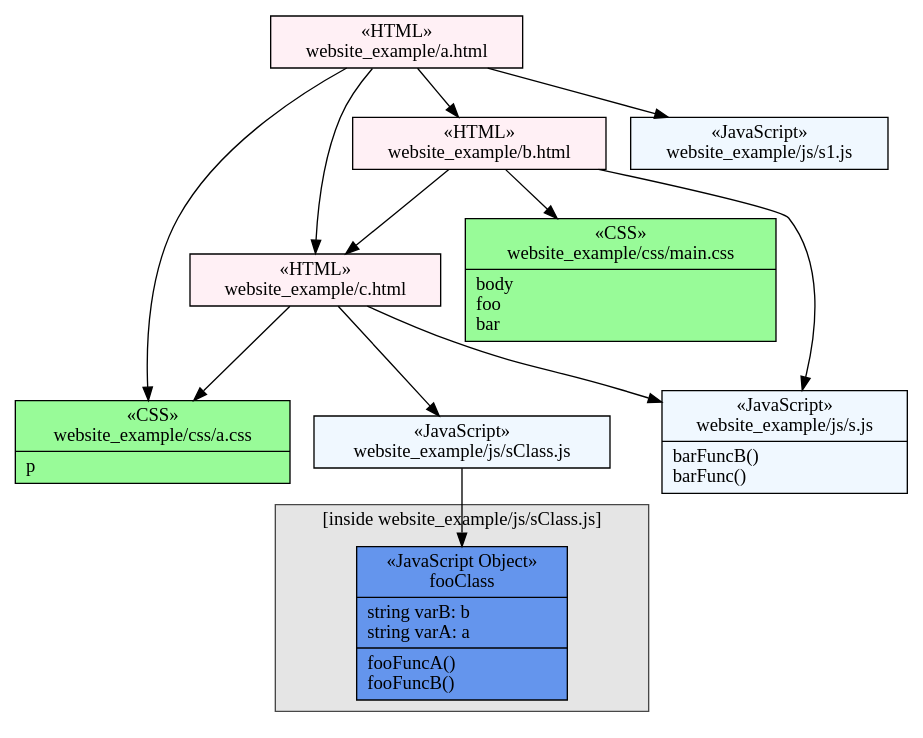
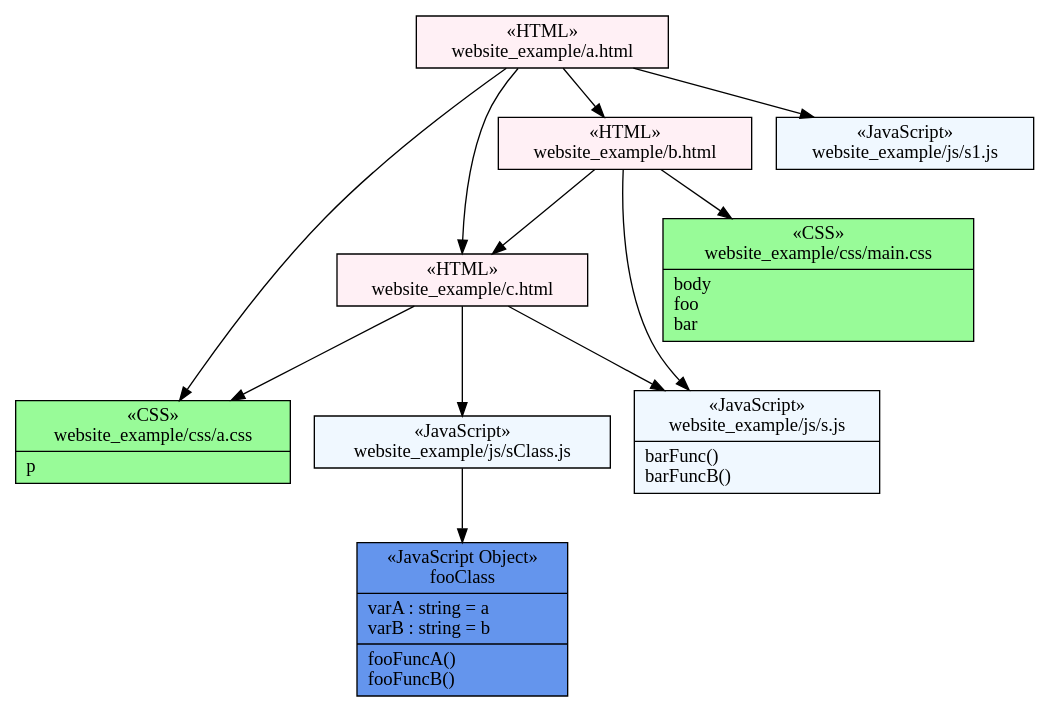
One commit to bakunin95/wavi changed the diagram in example/result/example.dot. Above: the diagram before and after it, drawn with Graphviz. The commit also changed 13 other files, not shown here.

```diff
--- a/example/result/example.dot
+++ b/example/result/example.dot
@@ -1,32 +1,25 @@
 digraph G {
-	graph [splines=true, overlap=prism];
+	graph [splines=true, overlap=false, maxiter=1000];
 	node [label="\N"];
-	graph [bb="0,0,658,753"];
-	subgraph cluster_4 {
-		graph [style=filled,
-			color=gray28,
-			fillcolor=gray90,
-			label="[inside website_example/js/sClass.js]",
-			bb="-0.22989,598.97,222.77,752.97"];
-		n8 [label="{&laquo;JavaScript Object»\nfooClass|string varB: b\lstring varA: a\l|fooFuncA()\lfooFuncB()\l}", shape=record, style=filled, fillcolor=CornflowerBlue, pos="110.93,664.83", rects="45.43,683.83,176.43,721.83 45.43,645.83,176.43,683.83 45.43,607.83,176.43,645.83", width="1.8125", height="1.5972"];
-	}
-	n3 [label="{&laquo;HTML»\nwebsite_example/b.html}", shape=record, style=filled, fillcolor=lavenderblush, pos="235.76,221.99", rects="160.26,202.99,311.26,240.99", width="2.0903", height="0.54167"];
-	n5 [label="{&laquo;HTML»\nwebsite_example/c.html}", shape=record, style=filled, fillcolor=lavenderblush, pos="318.64,401.77", rects="243.64,382.77,393.64,420.77", width="2.0833", height="0.54167"];
-	n0 [label="{&laquo;HTML»\nwebsite_example/a.html}", shape=record, style=filled, fillcolor=lavenderblush, pos="507.64,375.34", rects="433.14,356.34,582.14,394.34", width="2.0625", height="0.54167"];
-	n7 [label="{&laquo;JavaScript»\nwebsite_example/js/s1.js}", shape=record, style=filled, fillcolor=aliceblue, pos="580.94,523.23", rects="503.94,504.23,657.94,542.23", width="2.1389", height="0.54167"];
-	n4 [label="{&laquo;JavaScript»\nwebsite_example/js/sClass.js}", shape=record, style=filled, fillcolor=aliceblue, pos="319.77,593.67", rects="230.77,574.67,408.77,612.67", width="2.4722", height="0.54167"];
-	n1 [label="{&laquo;CSS»\nwebsite_example/css/a.css|p\l}", shape=record, style=filled, fillcolor=palegreen, pos="517.29,164.91", rects="433.79,157.41,600.79,195.41 433.79,134.41,600.79,157.41", width="2.3125", height="0.86111"];
-	n2 [label="{&laquo;CSS»\nwebsite_example/css/main.css|body\lfoo\lbar\l}", shape=record, style=filled, fillcolor=palegreen, pos="271.21,45.96", rects="177.71,53.46,364.71,91.46 177.71,0.46036,364.71,53.46", width="2.5903", height="1.2778"];
-	n6 [label="{&laquo;JavaScript»\nwebsite_example/js/s.js|barFuncB()\lbarFunc()\l}", shape=record, style=filled, fillcolor=aliceblue, pos="127.01,383.52", rects="53.506,383.52,200.51,421.52 53.506,345.52,200.51,383.52", width="2.0347", height="1.0694"];
-	n3 -> n6 [pos="e,152.71,345.34 222.86,241.15 207.05,264.63 179.74,305.2 158.3,337.04"];
-	n5 -> n6 [pos="e,200.72,390.54 243.45,394.61 232.81,393.59 221.8,392.54 211,391.52"];
-	n5 -> n1 [pos="e,491.57,195.58 334.9,382.38 367.62,343.37 441.96,254.73 484.95,203.47"];
-	n0 -> n3 [pos="e,269.64,241.1 473.76,356.23 424.37,328.38 332.64,276.64 278.62,246.17"];
-	n0 -> n5 [pos="e,393.73,391.27 432.95,385.79 423.37,387.12 413.52,388.5 403.79,389.86"];
-	n5 -> n4 [pos="e,319.66,574.65 318.76,420.87 318.95,454.56 319.37,524.75 319.6,564.53"];
-	n3 -> n5 [pos="e,309.84,382.66 244.63,241.23 259.27,272.99 288.58,336.55 305.59,373.45"];
-	n0 -> n7 [pos="e,571.31,503.81 517.07,394.38 529.7,419.86 552.21,465.28 566.86,494.82"];
-	n0 -> n1 [pos="e,515.89,195.5 508.52,356.3 510.07,322.41 513.34,250.97 515.43,205.6"];
-	n4 -> n8 [pos="e,176.69,642.42 263.8,612.74 240.02,620.85 211.93,630.42 186.35,639.13"];
-	n3 -> n2 [pos="e,262,91.709 239.62,202.82 244.47,178.73 253.01,136.35 259.98,101.72"];
+	graph [bb="0,0,625,510"];
+	n1 [label="{&laquo;HTML»\nwebsite_example/b.html}", shape=record, style=filled, fillcolor=lavenderblush, pos="377,414", rects="301.5,395,452.5,433", width="2.0903", height="0.54167"];
+	n2 [label="{&laquo;HTML»\nwebsite_example/c.html}", shape=record, style=filled, fillcolor=lavenderblush, pos="274,312", rects="199,293,349,331", width="2.0833", height="0.54167"];
+	n0 [label="{&laquo;HTML»\nwebsite_example/a.html}", shape=record, style=filled, fillcolor=lavenderblush, pos="325,490", rects="250.5,471,399.5,509", width="2.0625", height="0.54167"];
+	n3 [label="{&laquo;JavaScript»\nwebsite_example/js/s1.js}", shape=record, style=filled, fillcolor=aliceblue, pos="548,414", rects="471,395,625,433", width="2.1389", height="0.54167"];
+	n5 [label="{&laquo;JavaScript»\nwebsite_example/js/sClass.js}", shape=record, style=filled, fillcolor=aliceblue, pos="274,191", rects="185,172,363,210", width="2.4722", height="0.54167"];
+	n4 [label="{&laquo;CSS»\nwebsite_example/css/a.css|p\l}", shape=record, style=filled, fillcolor=palegreen, pos="83,191", rects="-0.5,183.5,166.5,221.5 -0.5,160.5,166.5,183.5", width="2.3125", height="0.86111"];
+	n6 [label="{&laquo;CSS»\nwebsite_example/css/main.css|body\lfoo\lbar\l}", shape=record, style=filled, fillcolor=palegreen, pos="499,312", rects="405.5,319.5,592.5,357.5 405.5,266.5,592.5,319.5", width="2.5903", height="1.2778"];
+	n7 [label="{&laquo;JavaScript»\nwebsite_example/js/s.js|barFunc()\lbarFuncB()\l}", shape=record, style=filled, fillcolor=aliceblue, pos="455,191", rects="381.5,191,528.5,229 381.5,153,528.5,191", width="2.0347", height="1.0694"];
+	n10 [label="{&laquo;JavaScript Object»\nfooClass|varA : string = a\lvarB : string = b\l|fooFuncA()\lfooFuncB()\l}", shape=record, style=filled, fillcolor=CornflowerBlue, pos="274,58", rects="208.5,77,339.5,115 208.5,39,339.5,77 208.5,1,339.5,39", width="1.8125", height="1.5972"];
+	n0 -> n4 [pos="e,99.295,221.57 303.41,470.82 275.44,446.68 226.02,401.95 190,358 156.48,317.1 124.52,265.24 104.4,230.46"];
+	n0 -> n2 [pos="e,274.5,331.17 311.44,470.58 304.55,460.31 296.66,447 292,434 281.08,403.52 276.78,366.44 275.09,341.42"];
+	n0 -> n3 [pos="e,493.49,433.09 379.27,470.99 410.83,460.52 450.79,447.26 483.9,436.27"];
+	n0 -> n1 [pos="e,364.29,433.08 337.85,470.71 344.09,461.84 351.69,451.02 358.53,441.28"];
+	n2 -> n4 [pos="e,130.51,221.6 244.99,292.93 217,275.48 173.87,248.61 139.15,226.98"];
+	n2 -> n5 [pos="e,274,210.24 274,292.93 274,273.71 274,243.03 274,220.54"];
+	n2 -> n7 [pos="e,398.36,229.24 301.49,292.93 324.9,277.53 359.48,254.8 389.9,234.8"];
+	n1 -> n6 [pos="e,444.6,357.59 399.09,394.89 409.77,386.14 423.18,375.15 436.67,364.09"];
+	n1 -> n7 [pos="e,419.77,229.07 376.47,394.55 376.31,365.88 378.65,309.41 397,266 401.23,255.99 407.19,246.17 413.69,237.13"];
+	n1 -> n2 [pos="e,292.77,331.23 358.11,394.66 341.85,378.87 318.22,355.93 300.14,338.38"];
+	n5 -> n10 [pos="e,274,115.02 274,171.79 274,159.44 274,142.31 274,125.11"];
 }
```
